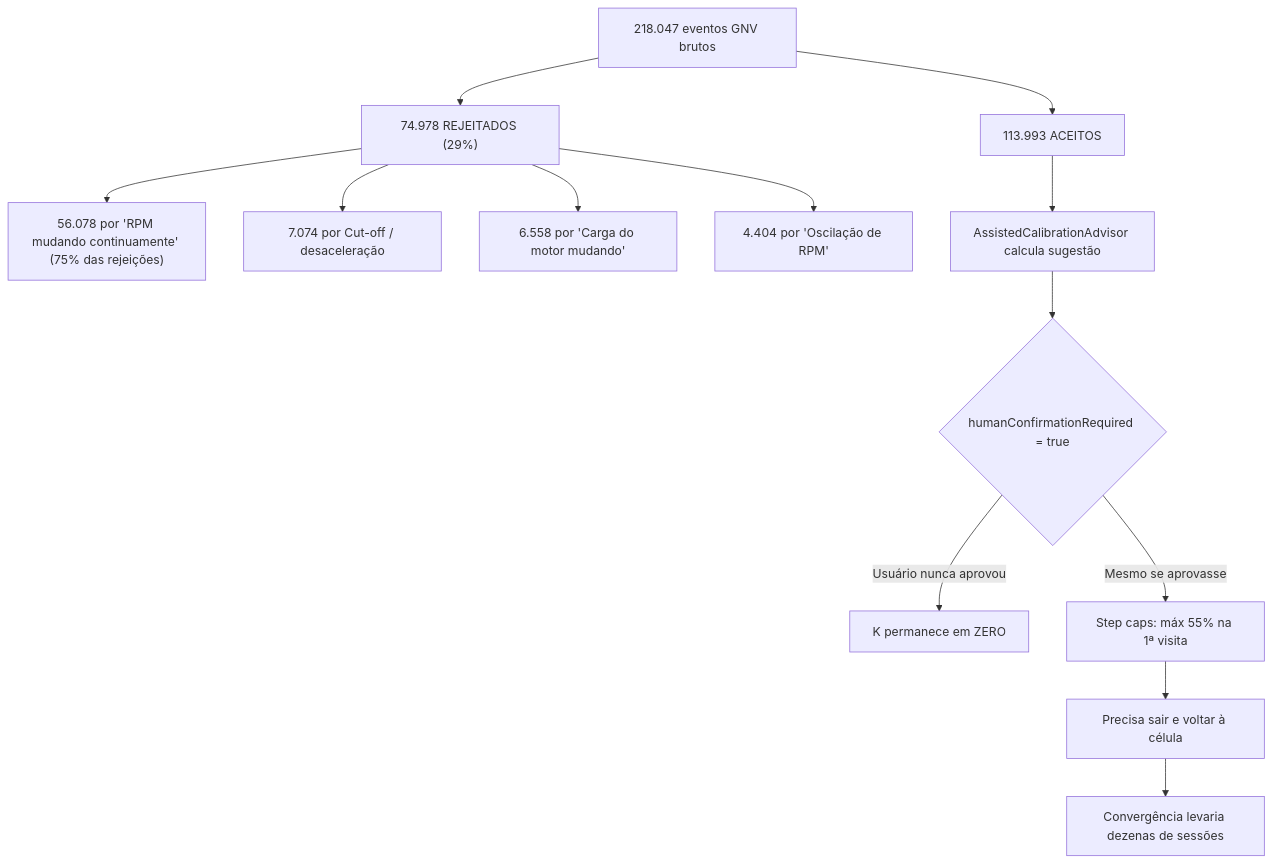
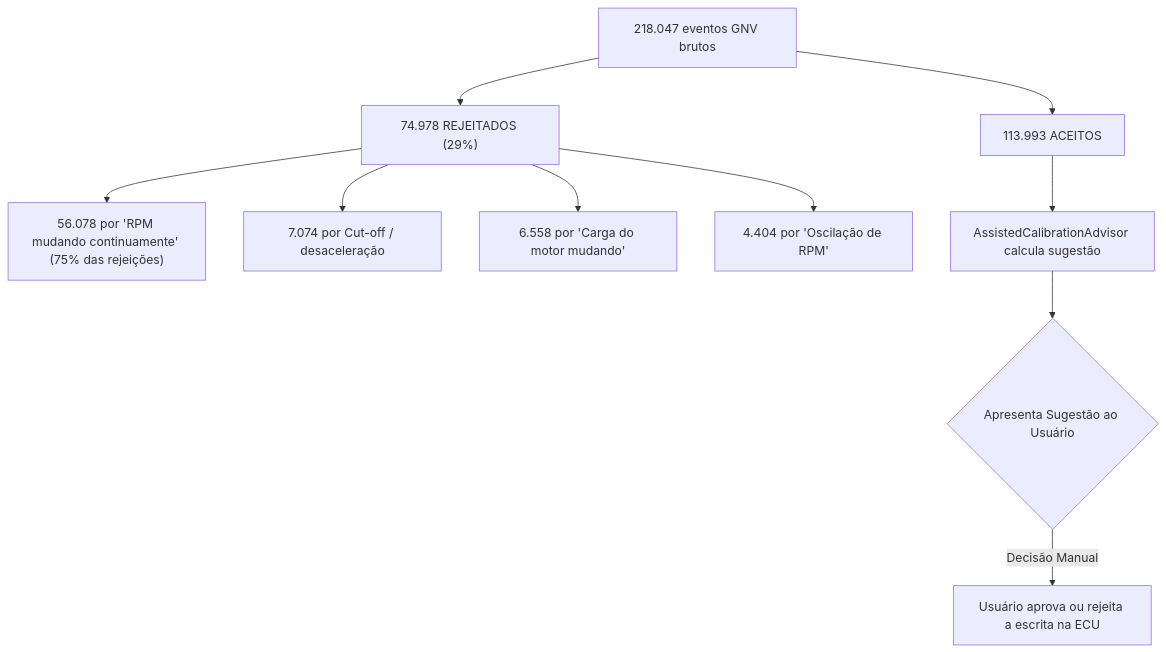
The diagram in docs/MODELO_EQUIVALENCIA_CAUSAL.md (viluadmcontas2-dot/OMEGAS-V8.2), drawn with Mermaid before and after one commit. The commit also changed other lines of this file and 1 other file, not shown here.

````diff
--- a/docs/MODELO_EQUIVALENCIA_CAUSAL.md
+++ b/docs/MODELO_EQUIVALENCIA_CAUSAL.md
@@ -28,15 +22,12 @@
 ```mermaid
 flowchart TD
     A["218.047 eventos GNV brutos"] --> B["74.978 REJEITADOS (29%)"]
     B --> B1["56.078 por 'RPM mudando continuamente' (75% das rejeições)"]
     B --> B2["7.074 por Cut-off / desaceleração"]
     B --> B3["6.558 por 'Carga do motor mudando'"]
     B --> B4["4.404 por 'Oscilação de RPM'"]
     A --> C["113.993 ACEITOS"]
     C --> D["AssistedCalibrationAdvisor calcula sugestão"]
-    D --> E{"humanConfirmationRequired = true"}
-    E -->|"Usuário nunca aprovou"| F["K permanece em ZERO"]
-    E -->|"Mesmo se aprovasse"| G["Step caps: máx 55% na 1ª visita"]
-    G --> H["Precisa sair e voltar à célula"]
-    H --> I["Convergência levaria dezenas de sessões"]
+    D --> E{"Apresenta Sugestão ao Usuário"}
+    E -->|"Decisão Manual"| F["Usuário aprova ou rejeita a escrita na ECU"]
 ```
````
